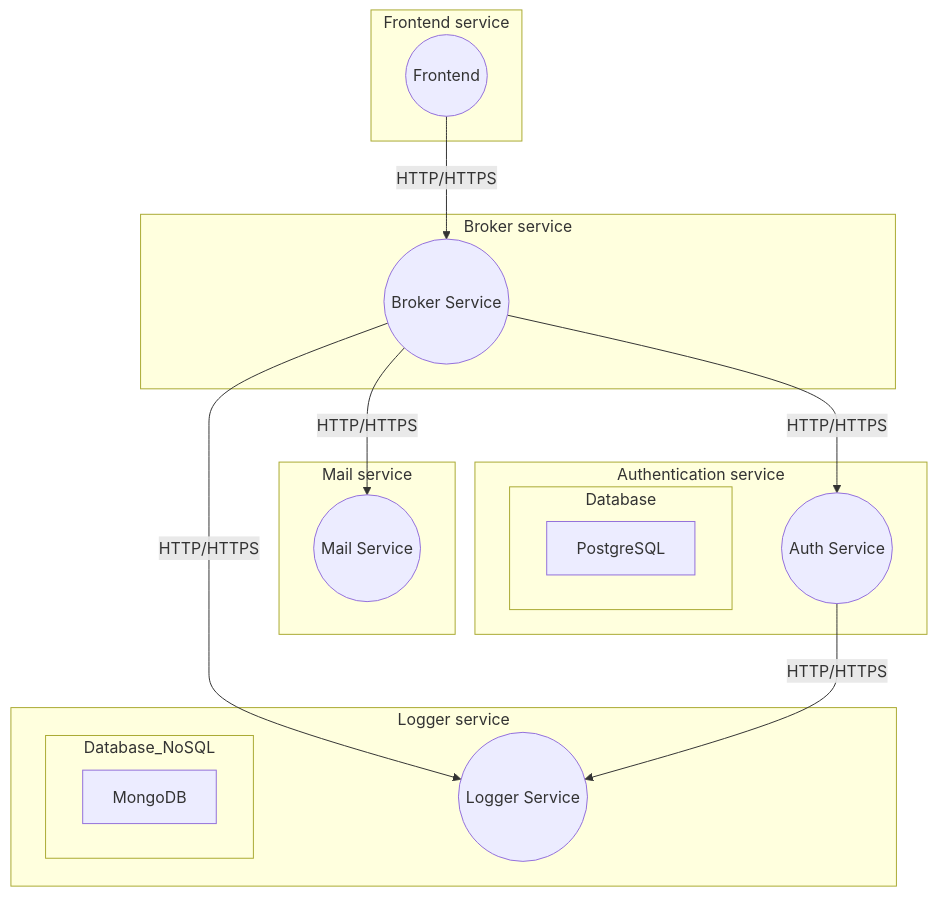
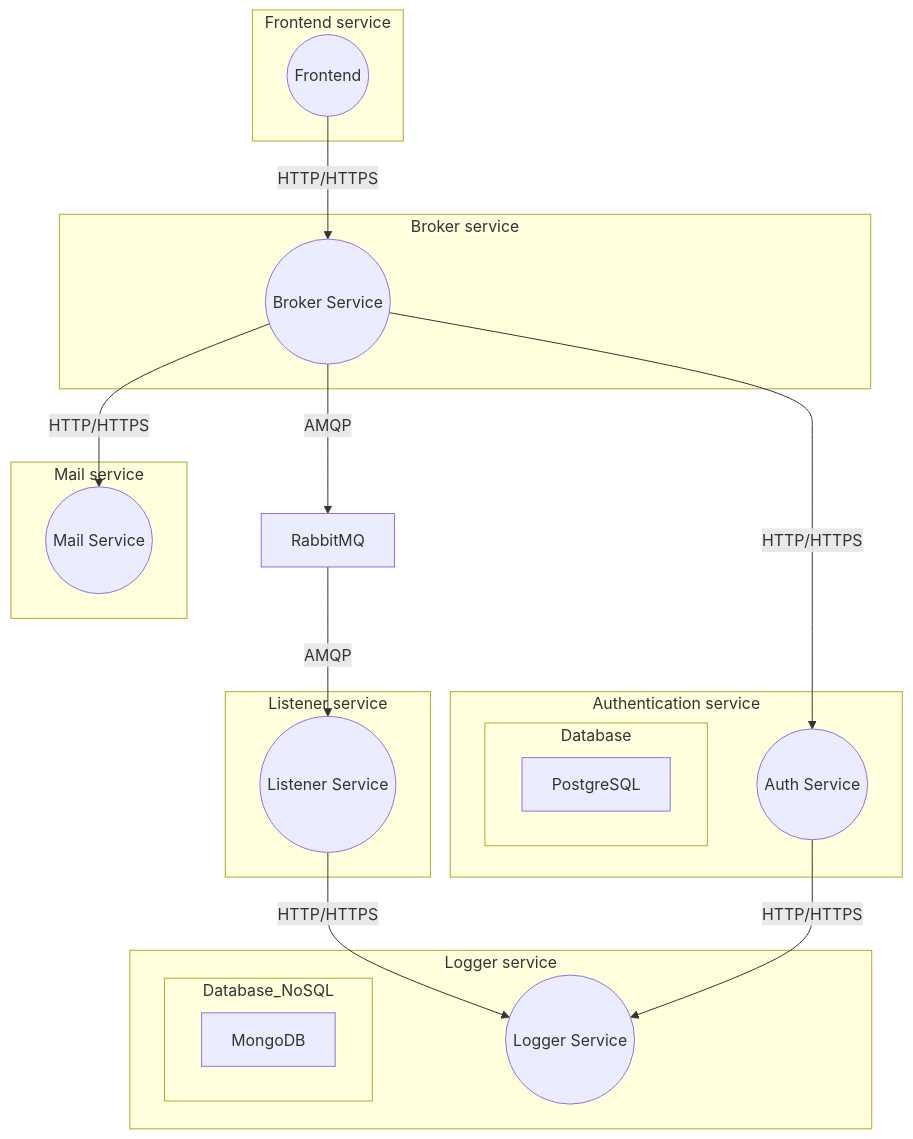
One commit to konstantin-evo/microservices-in-go changed the diagram in readme.md. Above: the diagram before and after it, drawn with Mermaid. The commit also changed other lines of this file, not shown here.

````diff
--- a/readme.md
+++ b/readme.md
@@ -118,38 +120,45 @@
 ```mermaid
+
 graph TD
     subgraph Frontend service
         Frontend((Frontend))
     end
 
     subgraph Broker service
         Broker((Broker Service))
     end
 
     subgraph Authentication service
         Auth((Auth Service))
         Database
     end
 
     subgraph Logger service
         Logger((Logger Service))
         Database_NoSQL
     end
 
     subgraph Mail service
         Mail((Mail Service))
     end
 
+    subgraph Listener service
+        Listener((Listener Service))
+    end
+
     subgraph Database
         PostgreSQL
     end
 
     subgraph Database_NoSQL
         MongoDB
     end
 
     Frontend -- HTTP/HTTPS --> Broker
     Broker -- HTTP/HTTPS --> Auth
-    Broker -- HTTP/HTTPS --> Logger
     Broker -- HTTP/HTTPS --> Mail
+    Broker -- AMQP --> RabbitMQ
+    RabbitMQ -- AMQP --> Listener
+    Listener -- HTTP/HTTPS --> Logger
     Auth -- HTTP/HTTPS --> Logger
 ```
````
